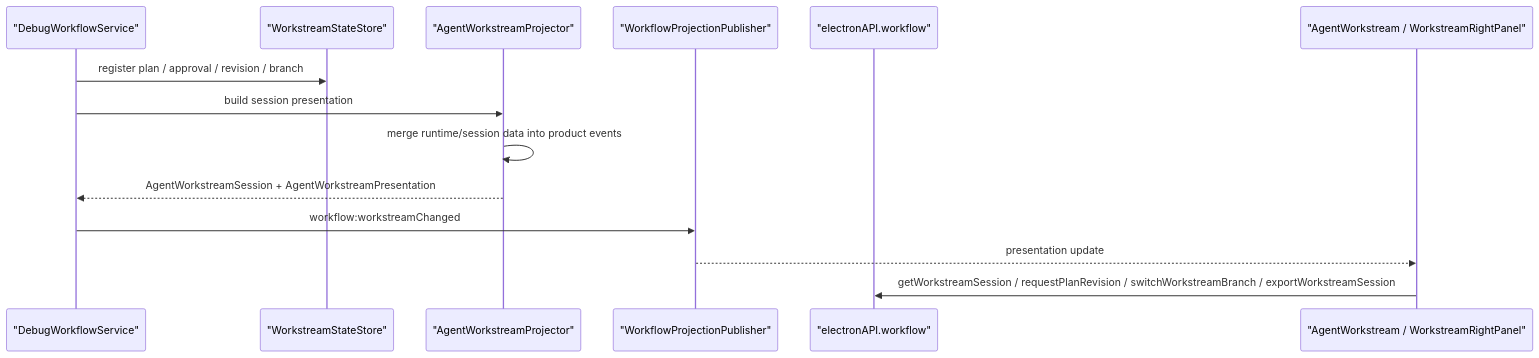
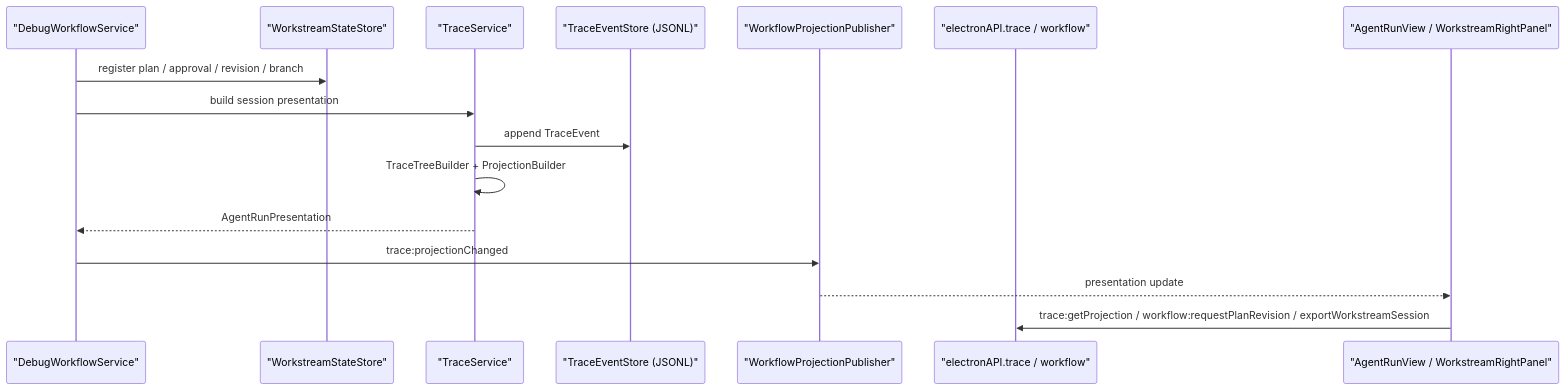
The fourth of 7 diagrams in docs/architecture/data-flow.md (haolange/RDC-Agent), drawn with Mermaid before and after one commit. The commit also changed other lines of this file and 196 other files, not shown here.

First line of the commit message:
Add Agentic Trace protocol and browser session smoke

````diff
--- a/docs/architecture/data-flow.md
+++ b/docs/architecture/data-flow.md
@@ -106,17 +106,19 @@
 ```mermaid
 sequenceDiagram
   participant Runtime as "DebugWorkflowService"
   participant Store as "WorkstreamStateStore"
-  participant Projector as "AgentWorkstreamProjector"
+  participant Trace as "TraceService"
+  participant EventLog as "TraceEventStore (JSONL)"
   participant Publisher as "WorkflowProjectionPublisher"
-  participant API as "electronAPI.workflow"
-  participant UI as "AgentWorkstream / WorkstreamRightPanel"
+  participant API as "electronAPI.trace / workflow"
+  participant UI as "AgentRunView / WorkstreamRightPanel"
 
   Runtime->>Store: register plan / approval / revision / branch
-  Runtime->>Projector: build session presentation
-  Projector->>Projector: merge runtime/session data into product events
-  Projector-->>Runtime: AgentWorkstreamSession + AgentWorkstreamPresentation
-  Runtime->>Publisher: workflow:workstreamChanged
+  Runtime->>Trace: build session presentation
+  Trace->>EventLog: append TraceEvent
+  Trace->>Trace: TraceTreeBuilder + ProjectionBuilder
+  Trace-->>Runtime: AgentRunPresentation
+  Runtime->>Publisher: trace:projectionChanged
   Publisher-->>UI: presentation update
-  UI->>API: getWorkstreamSession / requestPlanRevision / switchWorkstreamBranch / exportWorkstreamSession
+  UI->>API: trace:getProjection / workflow:requestPlanRevision / exportWorkstreamSession
 ```
````
